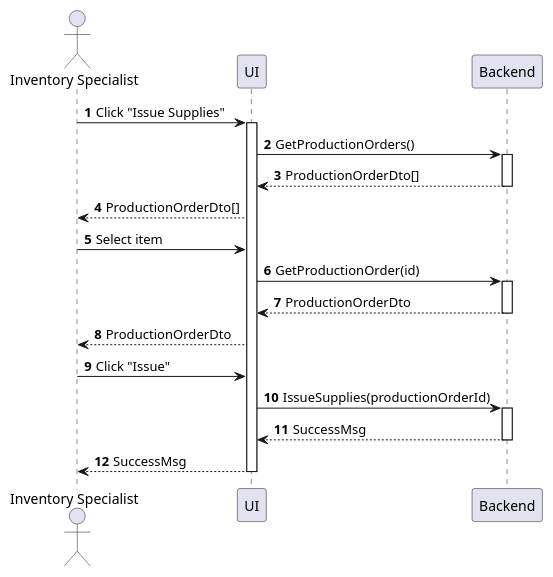
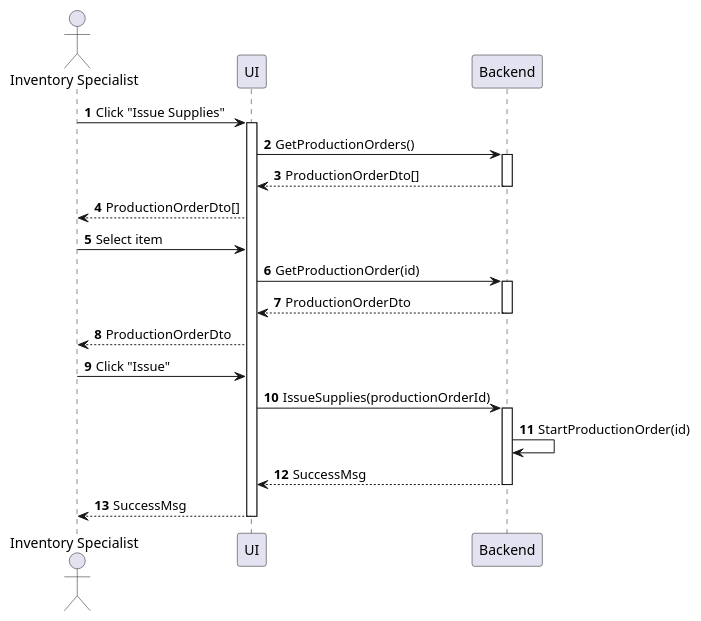
The diagram in sequences/inventory-supply-issue.plantuml (phihungha/scmss-reqs), drawn with PlantUML before and after one commit. The commit also changed 11 other files, not shown here.

```diff
--- a/sequences/inventory-supply-issue.plantuml
+++ b/sequences/inventory-supply-issue.plantuml
@@ -1,24 +1,25 @@
 @startuml inventory-supply-issue
 autonumber
 
 actor "Inventory Specialist" as a
 participant UI as f
 participant Backend as b
 
 a -> f : Click "Issue Supplies"
 activate f
 f -> b : GetProductionOrders()
 activate b
 return ProductionOrderDto[]
 f --> a : ProductionOrderDto[]
 a -> f : Select item
 f -> b : GetProductionOrder(id)
 activate b
 return ProductionOrderDto
 f --> a : ProductionOrderDto
 a -> f : Click "Issue"
 f -> b : IssueSupplies(productionOrderId)
 activate b
+b -> b : StartProductionOrder(id)
 return SuccessMsg
 return SuccessMsg
 @enduml
```
